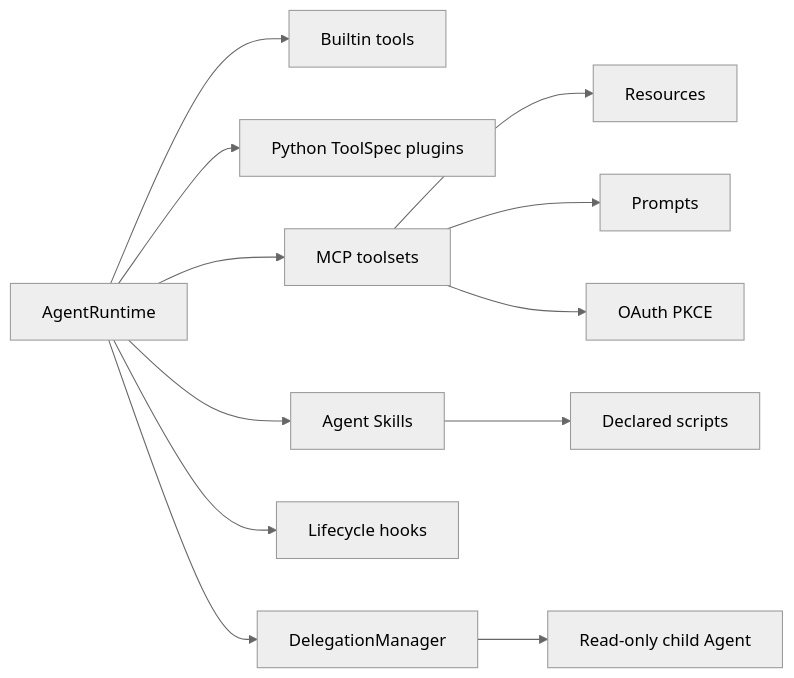
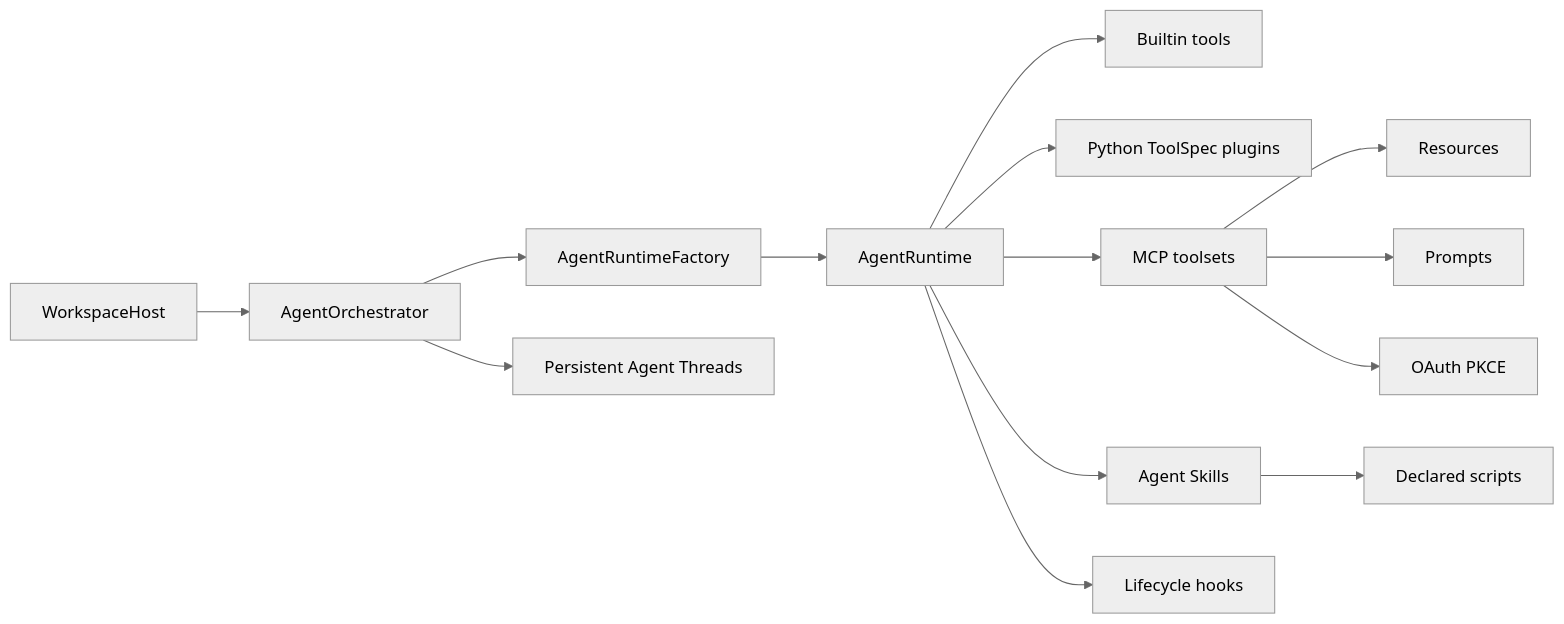
The first of 2 diagrams in docs/architecture-guide/06-extensions-and-delegation.md (JasonYZzz/lumen), drawn with Mermaid (neutral theme) before and after one commit. The commit also changed other lines of this file and 205 other files, not shown here.

````diff
--- a/docs/architecture-guide/06-extensions-and-delegation.md
+++ b/docs/architecture-guide/06-extensions-and-delegation.md
@@ -5,15 +5,17 @@
 ```mermaid
 flowchart LR
     Core["AgentRuntime"] --> Local["Builtin tools"]
     Core --> Plugin["Python ToolSpec plugins"]
     Core --> MCP["MCP toolsets"]
     Core --> Skills["Agent Skills"]
     Core --> Hooks["Lifecycle hooks"]
-    Core --> Delegate["DelegationManager"]
+    Host["WorkspaceHost"] --> Orchestrator["AgentOrchestrator"]
+    Orchestrator --> Factory["AgentRuntimeFactory"]
+    Factory --> Core
 
     MCP --> Resources["Resources"]
     MCP --> Prompts["Prompts"]
     MCP --> OAuth["OAuth PKCE"]
     Skills --> Scripts["Declared scripts"]
-    Delegate --> Child["Read-only child Agent"]
+    Orchestrator --> Thread["Persistent Agent Threads"]
 ```
````
